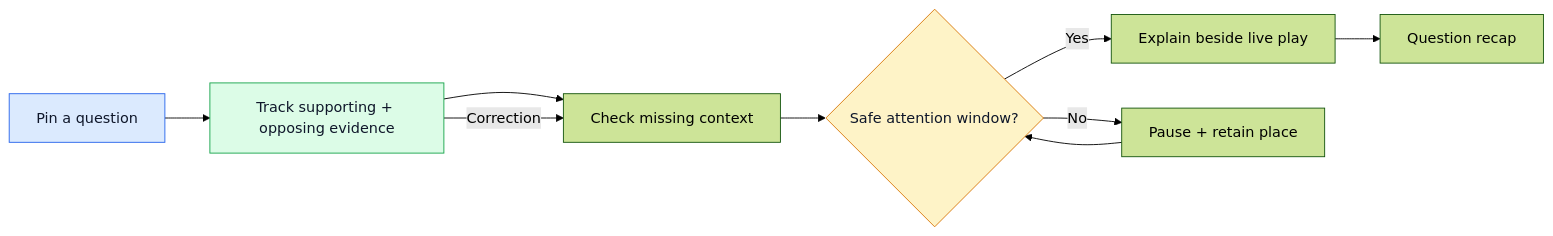
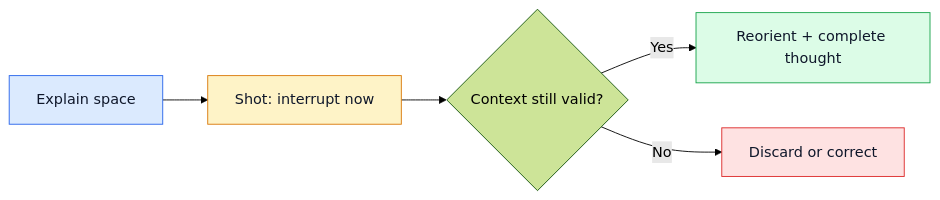
Before and after one commit to taka6745/insidethegame: the second of 3 diagrams in research/ideas/README.md, drawn with Mermaid (forest theme). The commit also changed other lines of this file and 6 other files, not shown here.

````diff
--- a/research/ideas/README.md
+++ b/research/ideas/README.md
@@ -86,14 +78,11 @@
 ```mermaid
 flowchart LR
-  Q[Pin a question] --> E[Track supporting + opposing evidence]
-  E --> K[Check missing context]
-  K --> W{Safe attention window?}
-  W -->|Yes| A[Explain beside live play]
-  W -->|No| P[Pause + retain place]
-  P --> W
-  A --> R[Question recap]
-  E -->|Correction| K
-  style Q fill:#dbeafe,stroke:#2563eb,color:#0f172a
-  style E fill:#dcfce7,stroke:#16a34a,color:#0f172a
-  style W fill:#fef3c7,stroke:#d97706,color:#0f172a
+  E[Explain space] --> S[Shot: interrupt now]
+  S --> C{Context still valid?}
+  C -->|Yes| R[Reorient + complete thought]
+  C -->|No| X[Discard or correct]
+  style E fill:#dbeafe,stroke:#2563eb,color:#0f172a
+  style S fill:#fef3c7,stroke:#d97706,color:#0f172a
+  style R fill:#dcfce7,stroke:#16a34a,color:#0f172a
+  style X fill:#fee2e2,stroke:#dc2626,color:#0f172a
 ```
````
